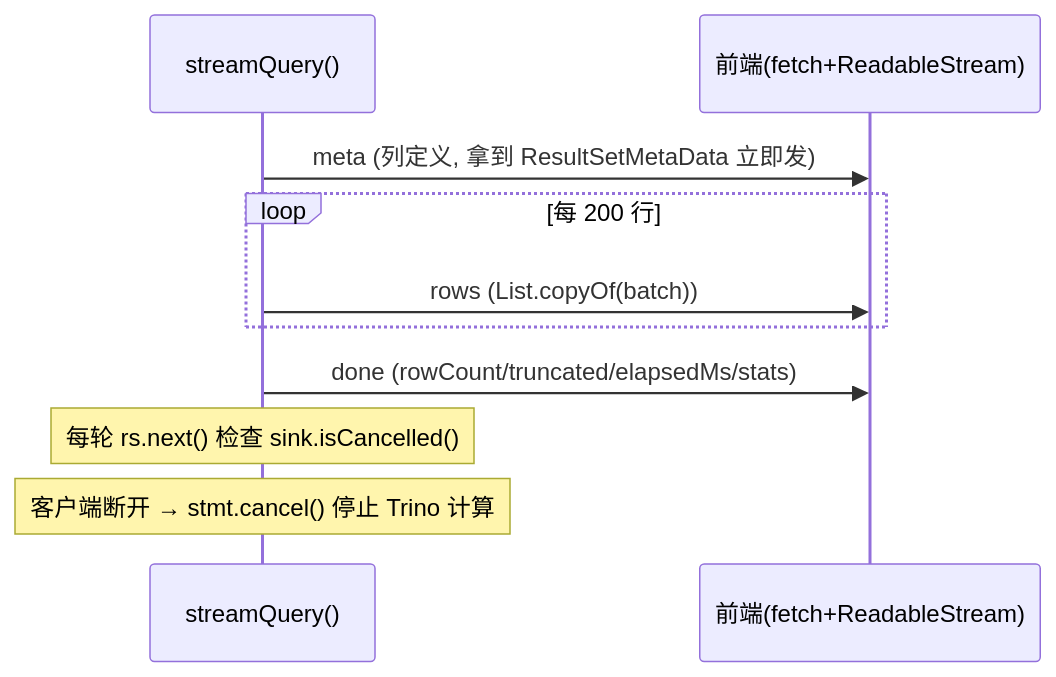
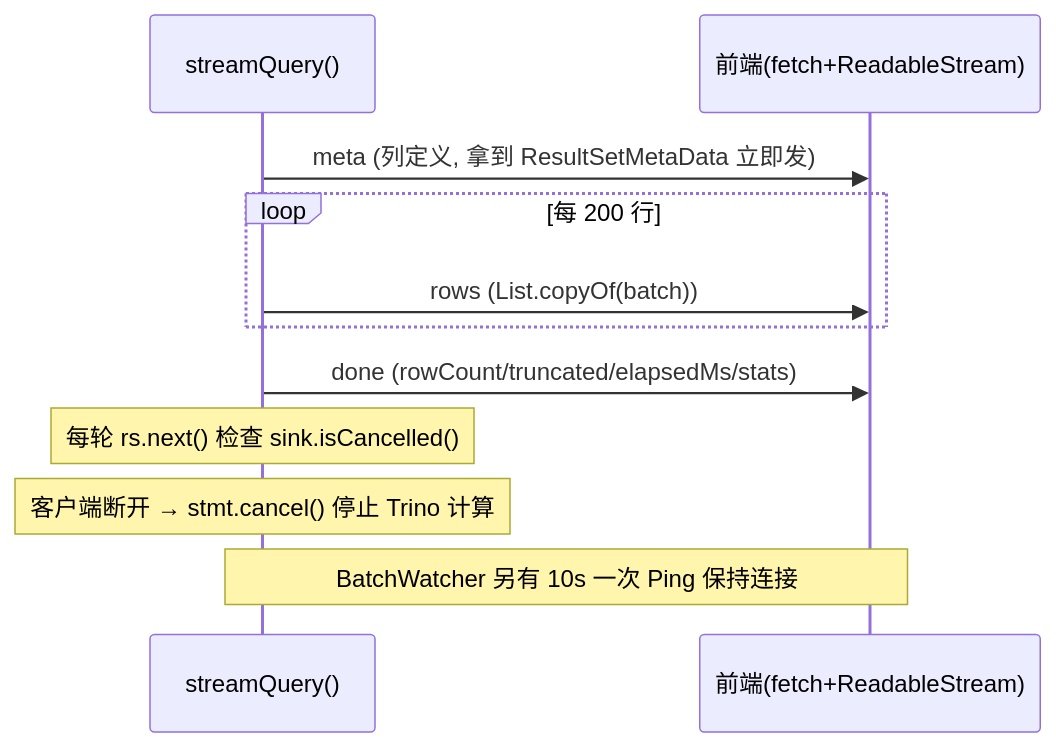
The ninth of 13 diagrams in docs/lakehouse-demo/概要设计-lakehouse-demo.md (leishu/data-demo), drawn with Mermaid before and after one commit. The commit also changed other lines of this file, not shown here.

````diff
--- a/docs/lakehouse-demo/概要设计-lakehouse-demo.md
+++ b/docs/lakehouse-demo/概要设计-lakehouse-demo.md
@@ -549,12 +589,13 @@
 ```mermaid
 sequenceDiagram
     participant S as streamQuery()
     participant F as 前端(fetch+ReadableStream)
     S->>F: meta (列定义, 拿到 ResultSetMetaData 立即发)
     loop 每 200 行
         S->>F: rows (List.copyOf(batch))
     end
     S->>F: done (rowCount/truncated/elapsedMs/stats)
     Note over S: 每轮 rs.next() 检查 sink.isCancelled()
     Note over S: 客户端断开 → stmt.cancel() 停止 Trino 计算
+    Note over S,F: BatchWatcher 另有 10s 一次 Ping 保持连接
 ```
````
